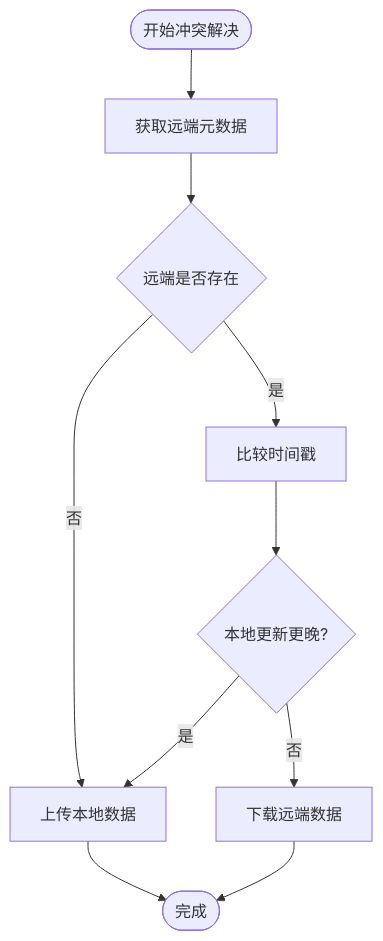
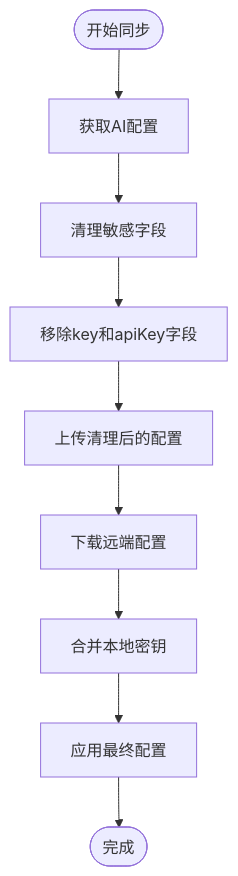
Diagram 12 of 17 in .qoder/repowiki/zh/content/核心功能模块/WebDAV云同步系统.md (RadiumAg/bilibili-favorites), drawn with Mermaid before and after one commit. The commit also changed other lines of this file and 47 other files, not shown here.

````diff
--- a/.qoder/repowiki/zh/content/核心功能模块/WebDAV云同步系统.md
+++ b/.qoder/repowiki/zh/content/核心功能模块/WebDAV云同步系统.md
@@ -338,12 +467,11 @@
 ```mermaid
 flowchart TD
-Start([开始冲突解决]) --> GetRemote["获取远端元数据"]
-GetRemote --> CheckExist{"远端是否存在"}
-CheckExist --> |否| UploadLocal["上传本地数据"]
-CheckExist --> |是| CompareTime["比较时间戳"]
-CompareTime --> LocalNewer{"本地更新更晚?"}
-LocalNewer --> |是| UploadLocal
-LocalNewer --> |否| DownloadRemote["下载远端数据"]
-UploadLocal --> Success([完成])
-DownloadRemote --> Success
+Start([开始同步]) --> GetAIConfig["获取AI配置"]
+GetAIConfig --> Sanitize["清理敏感字段"]
+Sanitize --> RemoveKeys["移除key和apiKey字段"]
+RemoveKeys --> UploadCleaned["上传清理后的配置"]
+UploadCleaned --> DownloadRemote["下载远端配置"]
+DownloadRemote --> MergeLocal["合并本地密钥"]
+MergeLocal --> ApplyConfig["应用最终配置"]
+ApplyConfig --> Success([完成])
 ```
````
